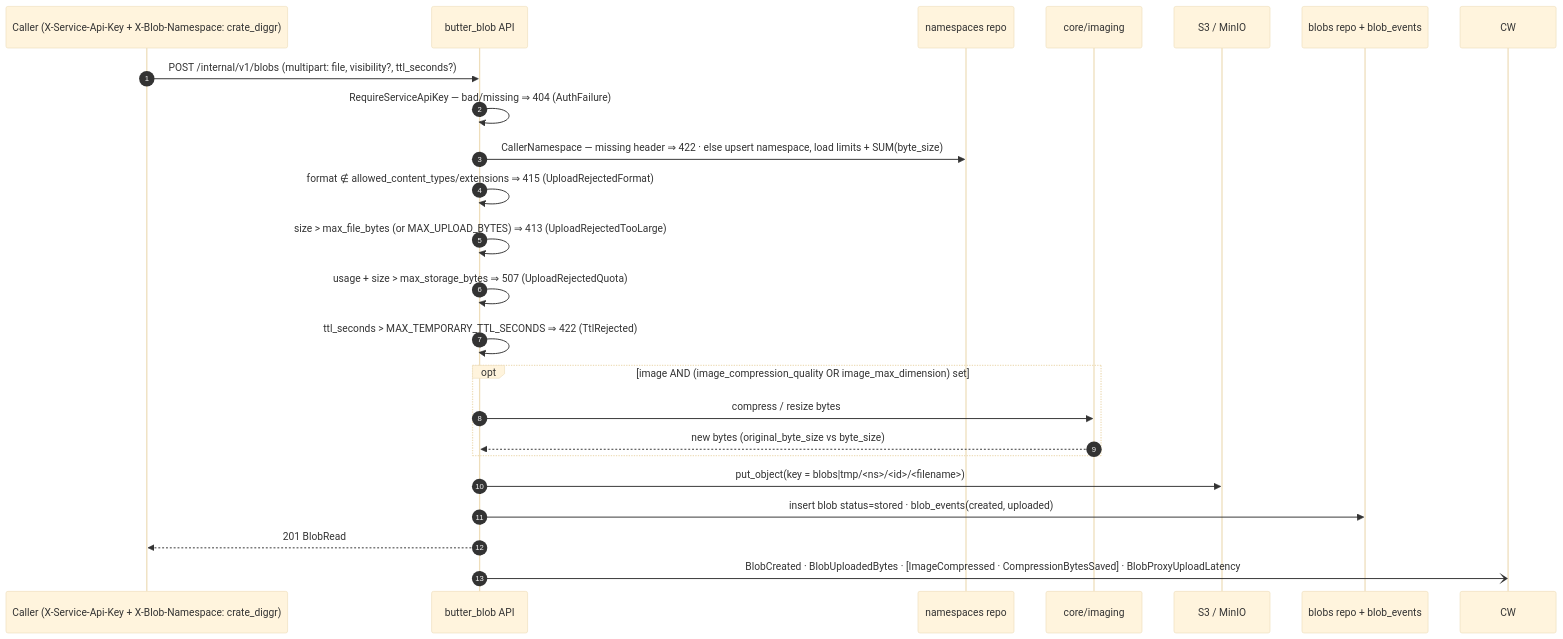
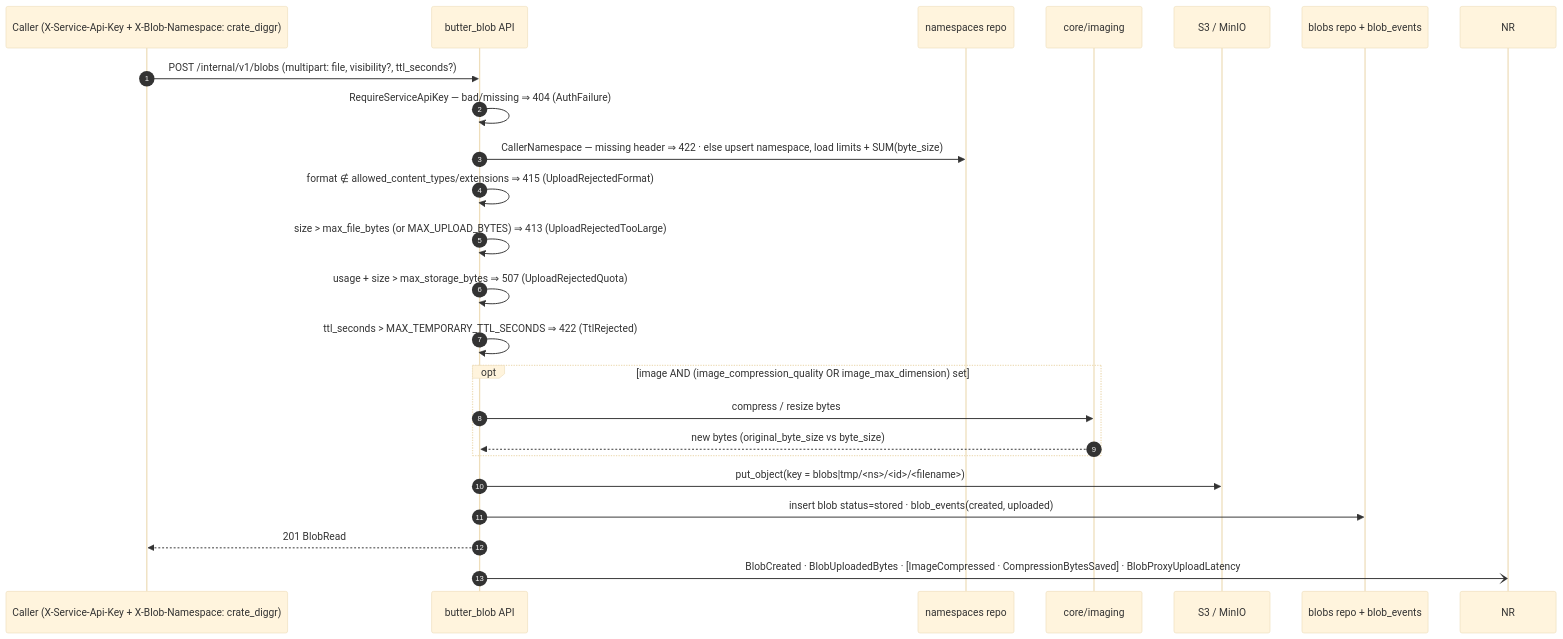
One commit to acidevbutter/butter_blob changed the second of 6 diagrams in docs/spec.md. Above: the diagram before and after it, drawn with Mermaid (base theme). The commit also changed other lines of this file and 7 other files, not shown here.

````diff
--- a/docs/spec.md
+++ b/docs/spec.md
@@ -82,26 +82,26 @@
 ```mermaid
 sequenceDiagram
     autonumber
     participant C as Caller (X-Service-Api-Key + X-Blob-Namespace: crate_diggr)
     participant A as butter_blob API
     participant N as namespaces repo
     participant I as core/imaging
     participant S as S3 / MinIO
     participant D as blobs repo + blob_events
 
     C->>A: POST /internal/v1/blobs (multipart: file, visibility?, ttl_seconds?)
     A->>A: RequireServiceApiKey — bad/missing ⇒ 404 (AuthFailure)
     A->>N: CallerNamespace — missing header ⇒ 422 · else upsert namespace, load limits + SUM(byte_size)
     A->>A: format ∉ allowed_content_types/extensions ⇒ 415 (UploadRejectedFormat)
     A->>A: size > max_file_bytes (or MAX_UPLOAD_BYTES) ⇒ 413 (UploadRejectedTooLarge)
     A->>A: usage + size > max_storage_bytes ⇒ 507 (UploadRejectedQuota)
     A->>A: ttl_seconds > MAX_TEMPORARY_TTL_SECONDS ⇒ 422 (TtlRejected)
     opt image AND (image_compression_quality OR image_max_dimension) set
         A->>I: compress / resize bytes
         I-->>A: new bytes (original_byte_size vs byte_size)
     end
     A->>S: put_object(key = blobs|tmp/<ns>/<id>/<filename>)
     A->>D: insert blob status=stored · blob_events(created, uploaded)
     A-->>C: 201 BlobRead
-    A-)CW: BlobCreated · BlobUploadedBytes · [ImageCompressed · CompressionBytesSaved] · BlobProxyUploadLatency
+    A-)NR: BlobCreated · BlobUploadedBytes · [ImageCompressed · CompressionBytesSaved] · BlobProxyUploadLatency
 ```
````
